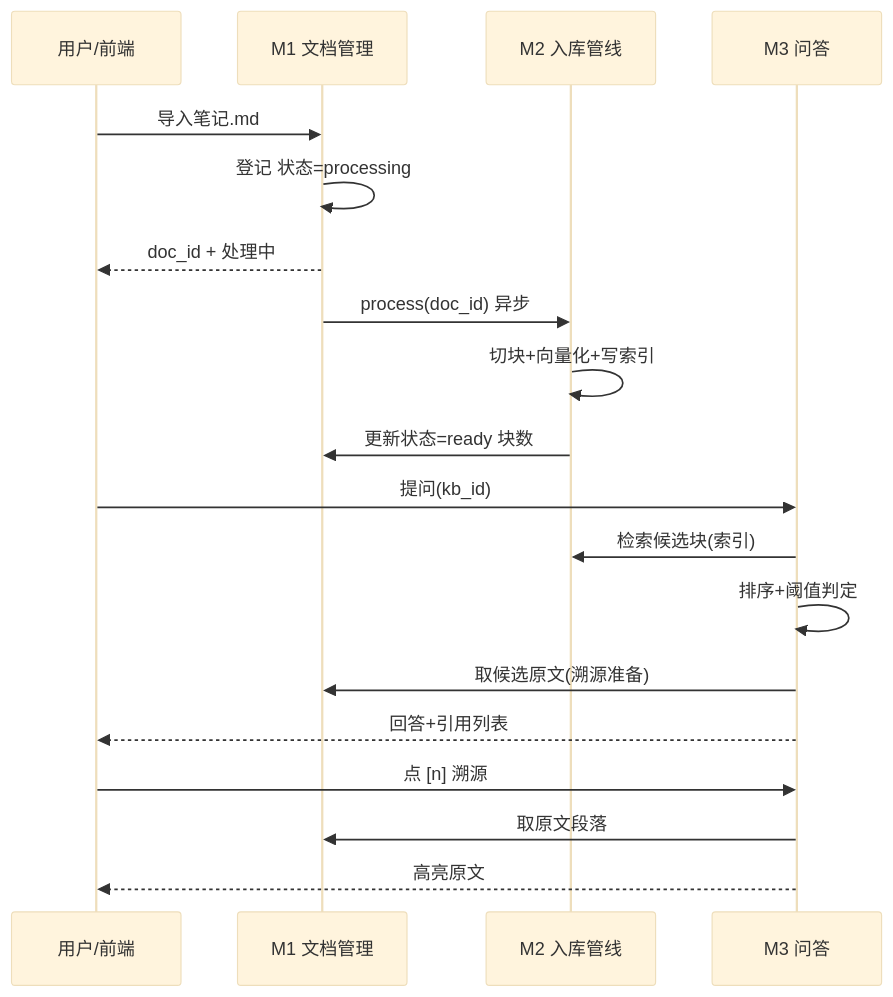
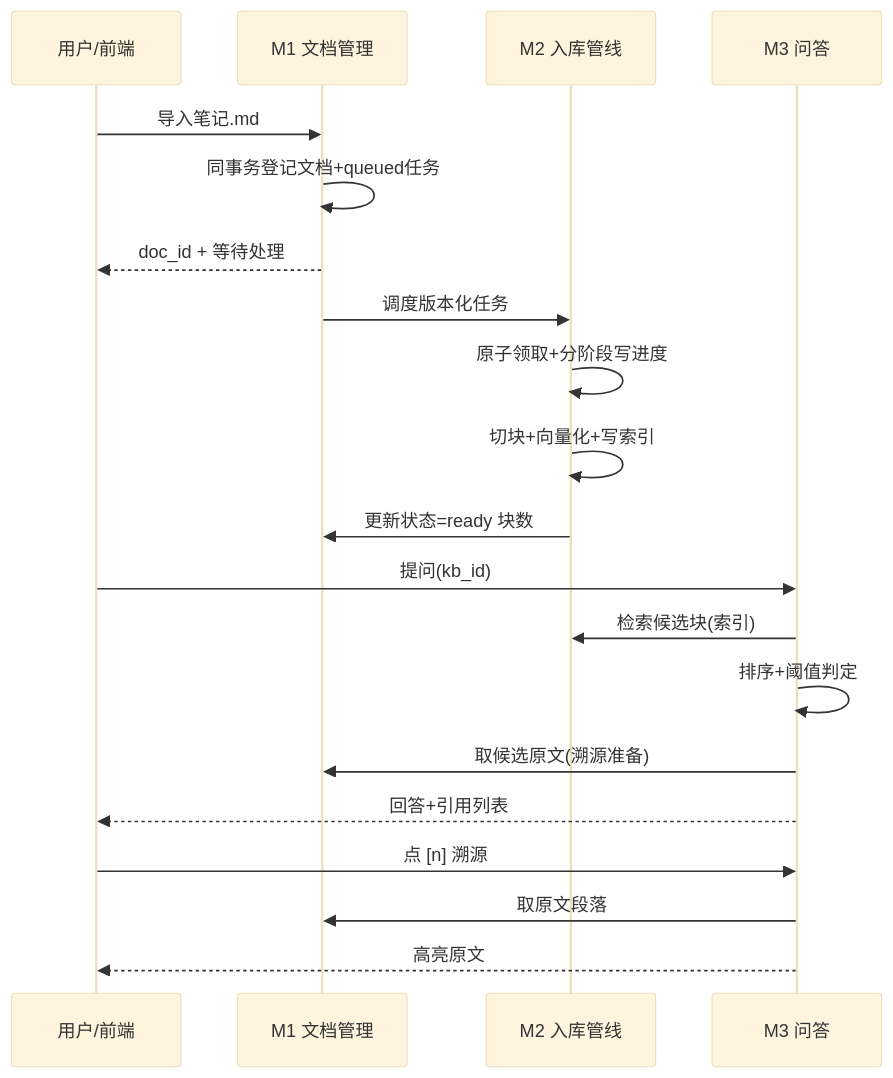
The second of 2 diagrams in docs/design/02-modules.md (One-29/personal-knowledge-base), drawn with Mermaid (base theme) before and after one commit. The commit also changed other lines of this file and 36 other files, not shown here.

````diff
--- a/docs/design/02-modules.md
+++ b/docs/design/02-modules.md
@@ -114,21 +116,22 @@
 ```mermaid
 sequenceDiagram
     participant U as 用户/前端
     participant M1 as M1 文档管理
     participant M2 as M2 入库管线
     participant M3 as M3 问答
     U->>M1: 导入笔记.md
-    M1->>M1: 登记 状态=processing
-    M1-->>U: doc_id + 处理中
-    M1->>M2: process(doc_id) 异步
+    M1->>M1: 同事务登记文档+queued任务
+    M1-->>U: doc_id + 等待处理
+    M1->>M2: 调度版本化任务
+    M2->>M2: 原子领取+分阶段写进度
     M2->>M2: 切块+向量化+写索引
     M2->>M1: 更新状态=ready 块数
     U->>M3: 提问(kb_id)
     M3->>M2: 检索候选块(索引)
     M3->>M3: 排序+阈值判定
     M3->>M1: 取候选原文(溯源准备)
     M3-->>U: 回答+引用列表
     U->>M3: 点 [n] 溯源
     M3->>M1: 取原文段落
     M3-->>U: 高亮原文
 ```
````
